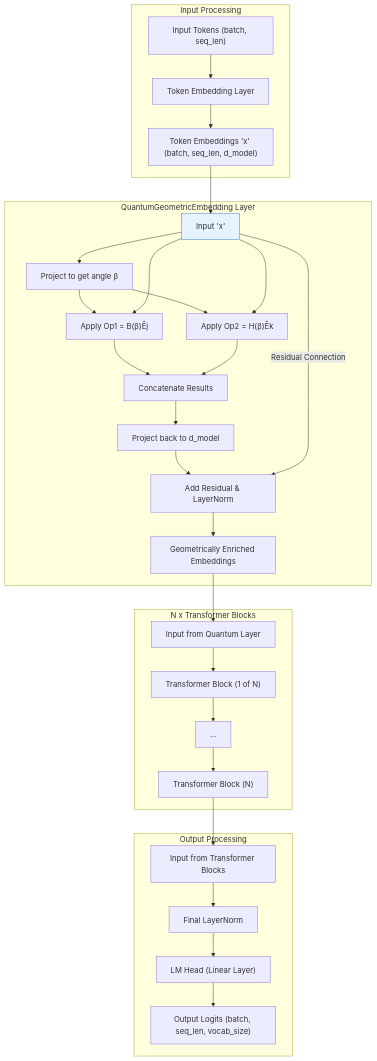
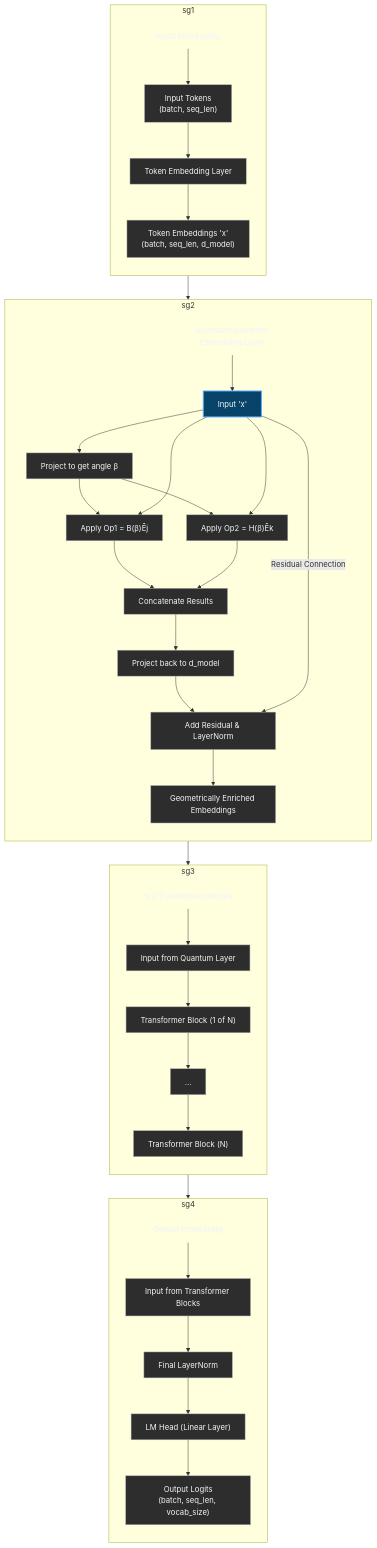
The diagram in README.md (bhargavpatel431997/Quantum-Inspired-Complex-QIC-Transformer), drawn with Mermaid before and after one commit.

````diff
--- a/README.md
+++ b/README.md
@@ -23,72 +23,82 @@
-```mermaid
+```mermaid%%{init: {'theme': 'dark'}}%%
 graph TD
-    %% --- 1. DEFINE ALL NODES ---
+    %% --- 1. Define Nodes ---
+    A["Input Tokens<br/>(batch, seq_len)"];
+    B["Token Embedding Layer"];
+    C["Token Embeddings 'x'<br/>(batch, seq_len, d_model)"];
     
-    %% Input Processing Nodes
-    A["Input Tokens (batch, seq_len)"];
-    B["Token Embedding Layer"];
-    C["Token Embeddings 'x' (batch, seq_len, d_model)"];
-
-    %% Quantum Geometric Embedding Nodes
     QGE_in["Input 'x'"];
     beta_proj["Project to get angle β"];
     path1["Apply Op1 = B(β)Êj"];
     path2["Apply Op2 = H(β)Êk"];
     concat["Concatenate Results"];
     out_proj["Project back to d_model"];
     add_norm["Add Residual & LayerNorm"];
     QGE_out["Geometrically Enriched Embeddings"];
 
-    %% Transformer Block Nodes
     Transformer_Input["Input from Quantum Layer"];
     Block_1["Transformer Block (1 of N)"];
     Dotted_Line["..."];
     Block_N["Transformer Block (N)"];
 
-    %% Output Processing Nodes
     Final_Layers_Input["Input from Transformer Blocks"];
     final_ln["Final LayerNorm"];
     lm_head["LM Head (Linear Layer)"];
-    Z["Output Logits (batch, seq_len, vocab_size)"];
+    Z["Output Logits<br/>(batch, seq_len, vocab_size)"];
 
-    %% --- 2. GROUP NODES INTO SUBGRAPHS ---
-    subgraph "Input Processing"
-        A; B; C;
+    %% --- 2. Create Title Nodes (to replace subgraph labels) ---
+    %% This is the key fix to prevent overlapping text.
+    Title_Input["<b>Input Processing</b>"];
+    Title_QGE["<b>QuantumGeometric Embedding Layer</b>"];
+    Title_Transformer["<b>N x Transformer Blocks</b>"];
+    Title_Output["<b>Output Processing</b>"];
+
+    %% --- 3. Group Nodes into UNLABELED Subgraphs ---
+    subgraph sg1 ""
+        direction TB
+        Title_Input --> A --> B --> C;
     end
 
-    subgraph "QuantumGeometricEmbedding Layer"
-        style QGE_in fill:#e6f3ff,stroke:#367dca
-        QGE_in; beta_proj; path1; path2; concat; out_proj; add_norm; QGE_out;
+    subgraph sg2 ""
+        direction TB
+        Title_QGE --> QGE_in;
+        QGE_in --> beta_proj;
+        beta_proj --> path1;
+        beta_proj --> path2;
+        QGE_in --> path1;
+        QGE_in --> path2;
+        path1 --> concat;
+        path2 --> concat;
+        concat --> out_proj;
+        out_proj --> add_norm;
+        QGE_in -- "Residual Connection" --> add_norm;
+        add_norm --> QGE_out;
     end
 
-    subgraph "N x Transformer Blocks"
-        Transformer_Input; Block_1; Dotted_Line; Block_N;
+    subgraph sg3 ""
+        direction TB
+        Title_Transformer --> Transformer_Input --> Block_1 --> Dotted_Line --> Block_N;
     end
 
-    subgraph "Output Processing"
-        Final_Layers_Input; final_ln; lm_head; Z;
+    subgraph sg4 ""
+        direction TB
+        Title_Output --> Final_Layers_Input --> final_ln --> lm_head --> Z;
     end
     
-    %% --- 3. DEFINE ALL LINKS ---
-    
-    %% Main flow
-    A --> B --> C;
-    C --> QGE_in;
-    QGE_out --> Transformer_Input;
-    Transformer_Input --> Block_1 --> Dotted_Line --> Block_N;
-    Block_N --> Final_Layers_Input;
-    Final_Layers_Input --> final_ln --> lm_head --> Z;
-    
-    %% Links within the Quantum Subgraph
-    QGE_in --> beta_proj;
-    beta_proj --> path1;
-    beta_proj --> path2;
-    QGE_in --> path1;
-    QGE_in --> path2;
-    path1 --> concat;
-    path2 --> concat;
-    concat --> out_proj;
-    out_proj --> add_norm;
-    QGE_in -- "Residual Connection" --> add_norm;
-    add_norm --> QGE_out;
+    %% --- 4. Link the Main Components ---
+    C --> Title_QGE;
+    QGE_out --> Title_Transformer;
+    Block_N --> Title_Output;
+
+    %% --- 5. Apply Styling ---
+    %% Style for regular nodes
+    classDef darkNode fill:#2d2d2d,stroke:#a9a9a9,stroke-width:1px,color:#f5f5f5;
+    %% Style for the main input node to make it stand out
+    classDef accentNode fill:#084469,stroke:#58a6ff,stroke-width:2px,color:#f5f5f5;
+    %% Style for the custom title nodes (invisible box, bold text)
+    classDef titleNode fill:none,stroke:none,color:#f5f5f5,font-weight:bold,font-size:16px;
+
+    class A,B,C,beta_proj,path1,path2,concat,out_proj,add_norm,QGE_out,Transformer_Input,Block_1,Dotted_Line,Block_N,Final_Layers_Input,final_ln,lm_head,Z darkNode;
+    class QGE_in accentNode;
+    class Title_Input,Title_QGE,Title_Transformer,Title_Output titleNode;
 ```
````
